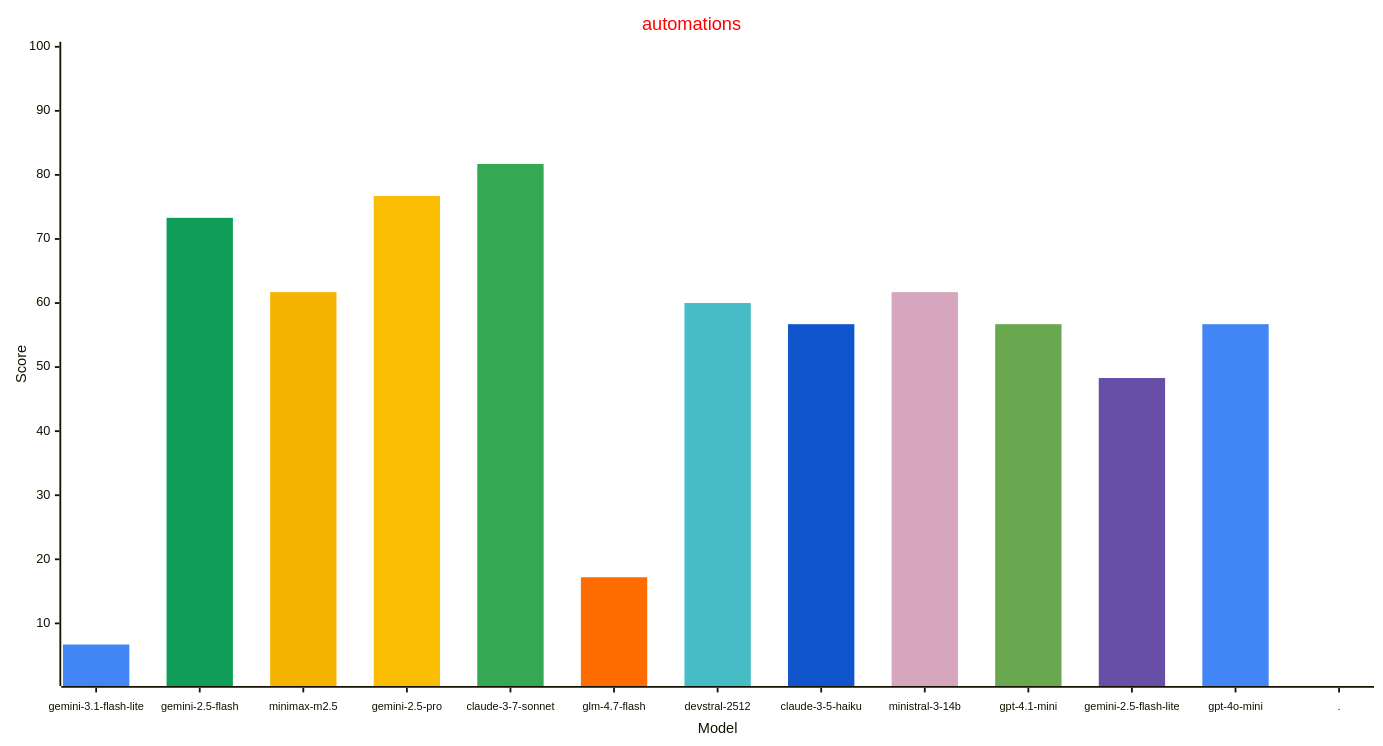
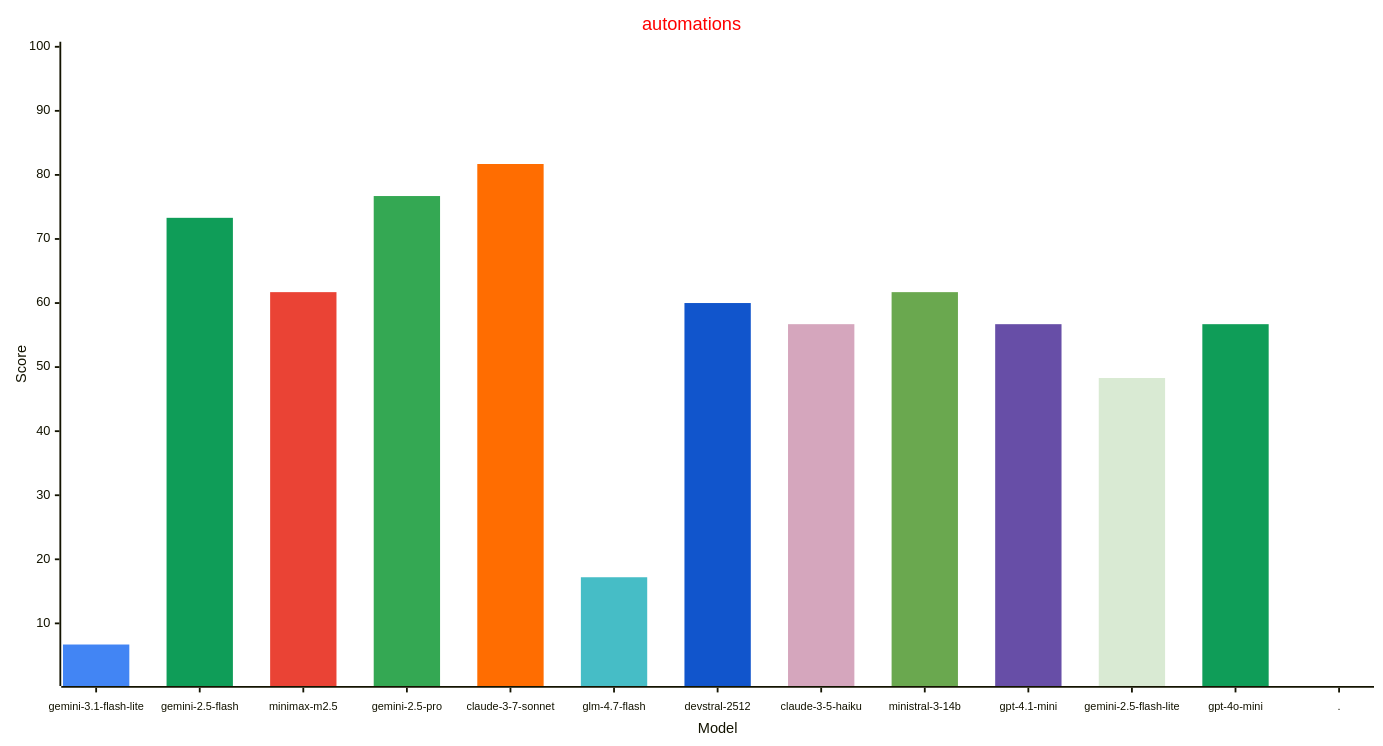
The fourth of 4 diagrams in reports/README.md (allenporter/home-assistant-datasets), drawn with Mermaid before and after one commit. The commit also changed other lines of this file, not shown here.

````diff
--- a/reports/README.md
+++ b/reports/README.md
@@ -219,33 +220,33 @@
 ```mermaid
 ---
 config:
     xyChart:
         width: 1500
         height: 800
         xAxis:
           labelFontSize: 12
           labelPadding: 8
     themeVariables:
         xyChart:
             titleColor: "#ff0000"
-            plotColorPalette: "#4285f4, #0f9d58, #f4b400, #fbbc04, #34a853, #ff6d01, #46bdc6, #1155cc, #d5a6bd, #6aa84f, #674ea7, #4285f4, #4285f4"
+            plotColorPalette: "#4285f4, #0f9d58, #ea4335, #34a853, #ff6d01, #46bdc6, #1155cc, #d5a6bd, #6aa84f, #674ea7, #d9ead3, #0f9d58, #4285f4"
 
 ---
 xychart-beta
   title "automations"
   x-axis "Model" [gemini-3.1-flash-lite, gemini-2.5-flash, minimax-m2.5, gemini-2.5-pro, claude-3-7-sonnet, glm-4.7-flash, devstral-2512, claude-3-5-haiku, ministral-3-14b, gpt-4.1-mini, gemini-2.5-flash-lite, gpt-4o-mini, .]
   y-axis "Score" 1 --> 100
   bar [6.7, 0.0, 0.0, 0.0, 0.0, 0.0, 0.0, 0.0, 0.0, 0.0, 0.0, 0.0, 0.0]
   bar [0.0, 73.3, 0.0, 0.0, 0.0, 0.0, 0.0, 0.0, 0.0, 0.0, 0.0, 0.0, 0.0]
   bar [0.0, 0.0, 61.7, 0.0, 0.0, 0.0, 0.0, 0.0, 0.0, 0.0, 0.0, 0.0, 0.0]
   bar [0.0, 0.0, 0.0, 76.7, 0.0, 0.0, 0.0, 0.0, 0.0, 0.0, 0.0, 0.0, 0.0]
   bar [0.0, 0.0, 0.0, 0.0, 81.7, 0.0, 0.0, 0.0, 0.0, 0.0, 0.0, 0.0, 0.0]
   bar [0.0, 0.0, 0.0, 0.0, 0.0, 17.2, 0.0, 0.0, 0.0, 0.0, 0.0, 0.0, 0.0]
   bar [0.0, 0.0, 0.0, 0.0, 0.0, 0.0, 60.0, 0.0, 0.0, 0.0, 0.0, 0.0, 0.0]
   bar [0.0, 0.0, 0.0, 0.0, 0.0, 0.0, 0.0, 56.7, 0.0, 0.0, 0.0, 0.0, 0.0]
   bar [0.0, 0.0, 0.0, 0.0, 0.0, 0.0, 0.0, 0.0, 61.7, 0.0, 0.0, 0.0, 0.0]
   bar [0.0, 0.0, 0.0, 0.0, 0.0, 0.0, 0.0, 0.0, 0.0, 56.7, 0.0, 0.0, 0.0]
   bar [0.0, 0.0, 0.0, 0.0, 0.0, 0.0, 0.0, 0.0, 0.0, 0.0, 48.3, 0.0, 0.0]
   bar [0.0, 0.0, 0.0, 0.0, 0.0, 0.0, 0.0, 0.0, 0.0, 0.0, 0.0, 56.7, 0.0]
   bar [0.0, 0.0, 0.0, 0.0, 0.0, 0.0, 0.0, 0.0, 0.0, 0.0, 0.0, 0.0, -1.0]
 ```
````
